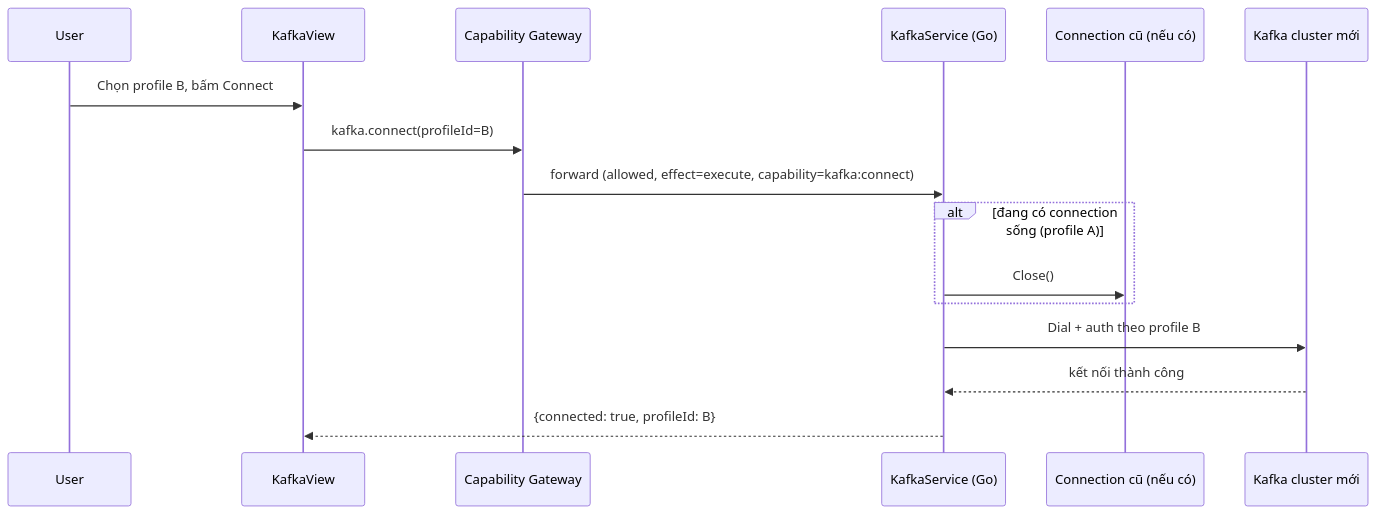
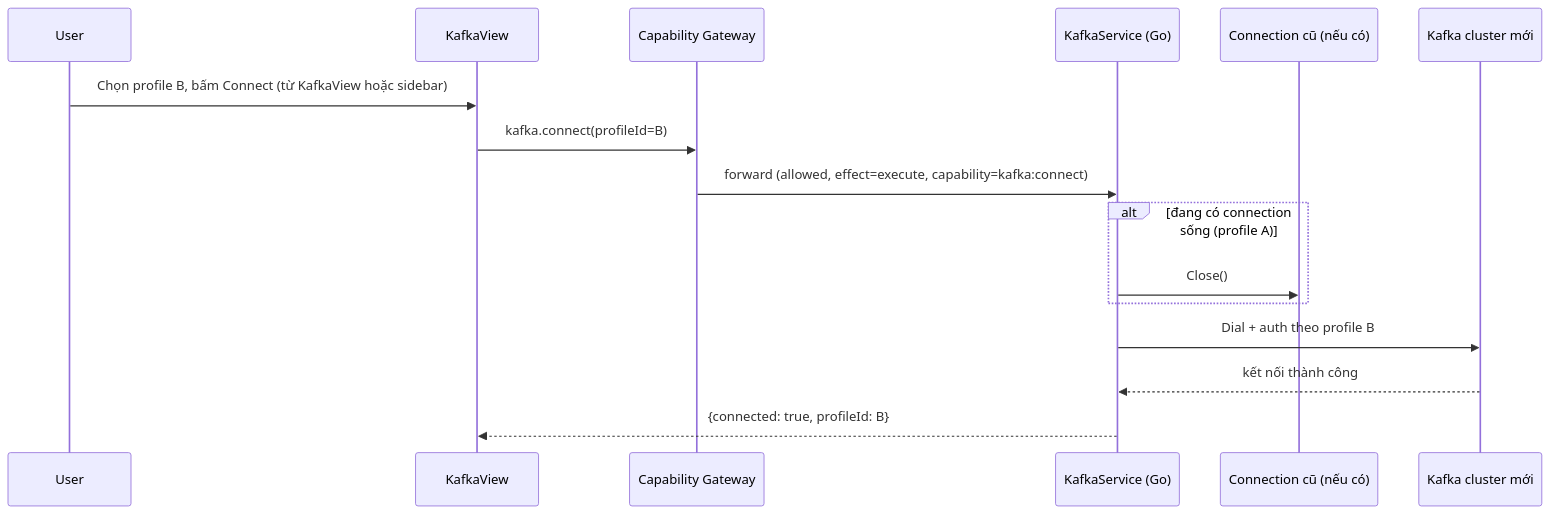
Before and after one commit to syurodev/base: the second of 5 diagrams in content/projects/dev-kit/kafka.mdx, drawn with Mermaid. The commit also changed other lines of this file and 3 other files, not shown here.

````diff
--- a/content/projects/dev-kit/kafka.mdx
+++ b/content/projects/dev-kit/kafka.mdx
@@ -105,19 +109,19 @@
 ```mermaid
 sequenceDiagram
   participant User
   participant UI as KafkaView
   participant GW as Capability Gateway
   participant Svc as KafkaService (Go)
   participant OldConn as Connection cũ (nếu có)
   participant Broker as Kafka cluster mới
 
-  User->>UI: Chọn profile B, bấm Connect
+  User->>UI: Chọn profile B, bấm Connect (từ KafkaView hoặc sidebar)
   UI->>GW: kafka.connect(profileId=B)
   GW->>Svc: forward (allowed, effect=execute, capability=kafka:connect)
   alt đang có connection sống (profile A)
     Svc->>OldConn: Close()
   end
   Svc->>Broker: Dial + auth theo profile B
   Broker-->>Svc: kết nối thành công
   Svc-->>UI: {connected: true, profileId: B}
 ```
````
